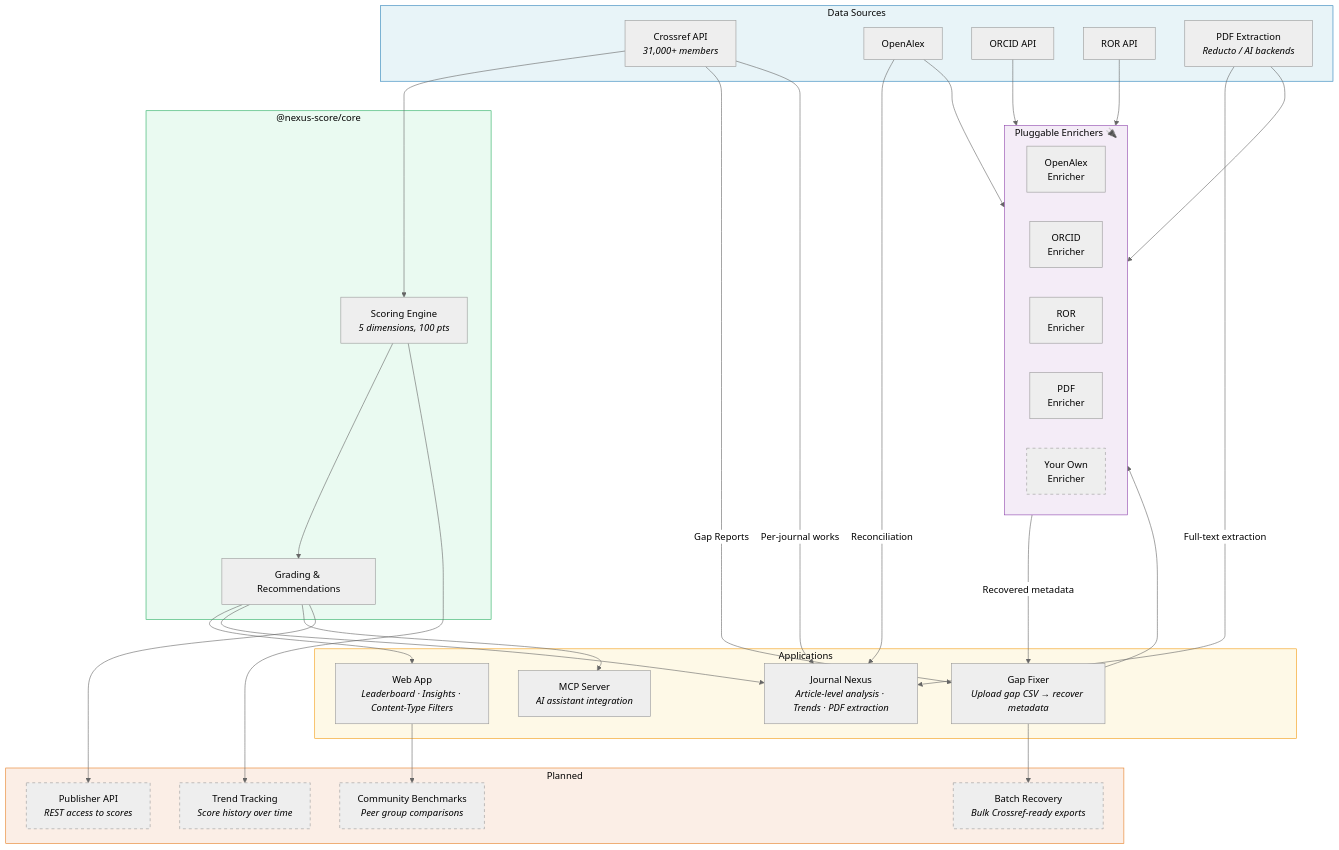
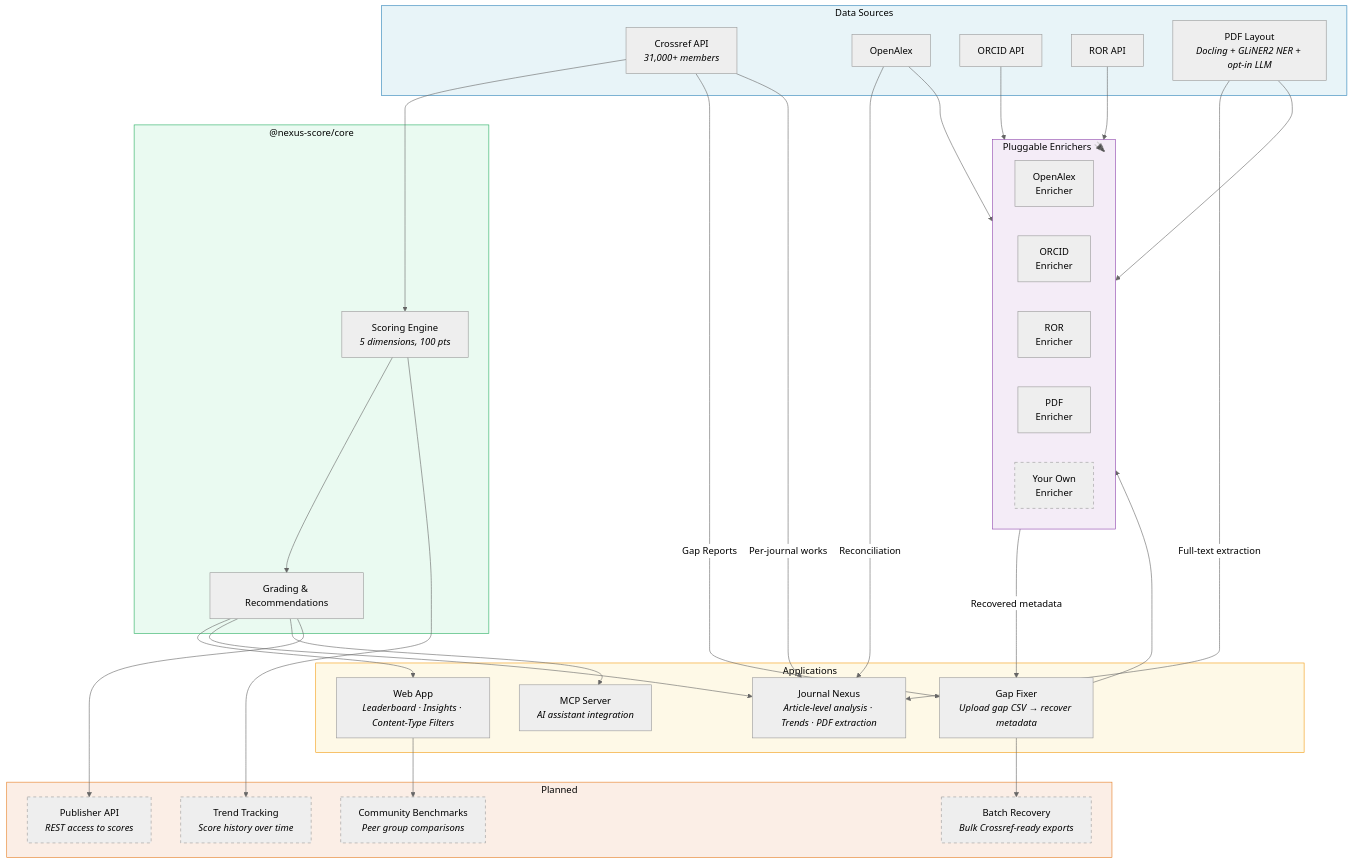
Before and after one commit to aadivar/nexus-score: the diagram in README.md, drawn with Mermaid (neutral theme). The commit also changed other lines of this file and 4 other files, not shown here.

````diff
--- a/README.md
+++ b/README.md
@@ -300,71 +327,71 @@
 ```mermaid
 graph TB
     subgraph DATA ["Data Sources"]
         CR["Crossref API<br/><i>31,000+ members</i>"]
         OA["OpenAlex"]
         ORCID["ORCID API"]
         ROR["ROR API"]
-        PDF["PDF Extraction<br/><i>Reducto / AI backends</i>"]
+        PDF["PDF Layout<br/><i>Docling + GLiNER2 NER + opt-in LLM</i>"]
     end
 
     subgraph CORE ["@nexus-score/core"]
         SCORE["Scoring Engine<br/><i>5 dimensions, 100 pts</i>"]
         GRADE["Grading & Recommendations"]
     end
 
     subgraph APPS ["Applications"]
         WEB["Web App<br/><i>Leaderboard · Insights · Content-Type Filters</i>"]
         JN["Journal Nexus<br/><i>Article-level analysis · Trends · PDF extraction</i>"]
         GF["Gap Fixer<br/><i>Upload gap CSV → recover metadata</i>"]
         MCP["MCP Server<br/><i>AI assistant integration</i>"]
     end
 
     subgraph ENRICHERS ["Pluggable Enrichers 🔌"]
         direction LR
         E1["OpenAlex<br/>Enricher"]
         E2["ORCID<br/>Enricher"]
         E3["ROR<br/>Enricher"]
         E4["PDF<br/>Enricher"]
         E5["Your Own<br/>Enricher"]
     end
 
     subgraph PLANNED ["Planned"]
         API["Publisher API<br/><i>REST access to scores</i>"]
         BATCH["Batch Recovery<br/><i>Bulk Crossref-ready exports</i>"]
         TREND["Trend Tracking<br/><i>Score history over time</i>"]
         BENCH["Community Benchmarks<br/><i>Peer group comparisons</i>"]
     end
 
     CR --> SCORE
     SCORE --> GRADE
     GRADE --> WEB
     GRADE --> JN
     GRADE --> MCP
     GRADE --> API
 
     CR -->|"Gap Reports"| GF
     CR -->|"Per-journal works"| JN
     OA -->|"Reconciliation"| JN
     PDF -->|"Full-text extraction"| JN
     GF --> ENRICHERS
     OA --> E1
     ORCID --> E2
     ROR --> E3
     PDF --> E4
     ENRICHERS -->|"Recovered metadata"| GF
 
     SCORE --> TREND
     WEB --> BENCH
     GF --> BATCH
 
     style DATA fill:#e8f4f8,stroke:#2980b9,color:#000
     style CORE fill:#eafaf1,stroke:#27ae60,color:#000
     style APPS fill:#fef9e7,stroke:#f39c12,color:#000
     style ENRICHERS fill:#f4ecf7,stroke:#8e44ad,color:#000
     style PLANNED fill:#fbeee6,stroke:#e67e22,color:#000
     style E5 stroke-dasharray: 5 5
     style API stroke-dasharray: 5 5
     style BATCH stroke-dasharray: 5 5
     style TREND stroke-dasharray: 5 5
     style BENCH stroke-dasharray: 5 5
 ```
````
